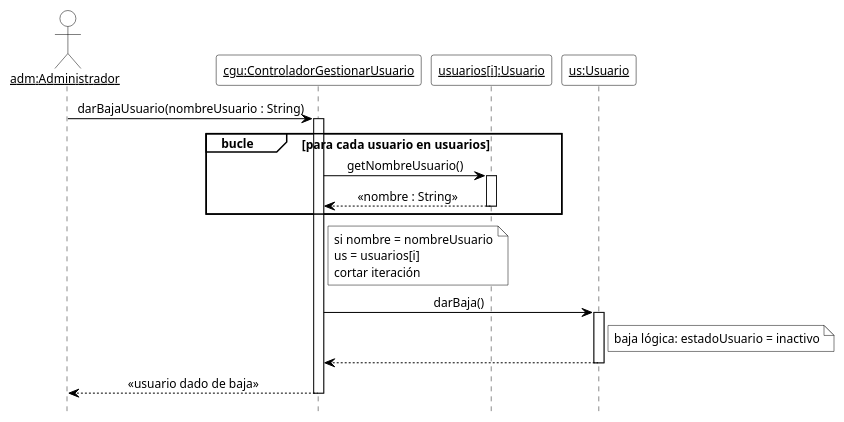
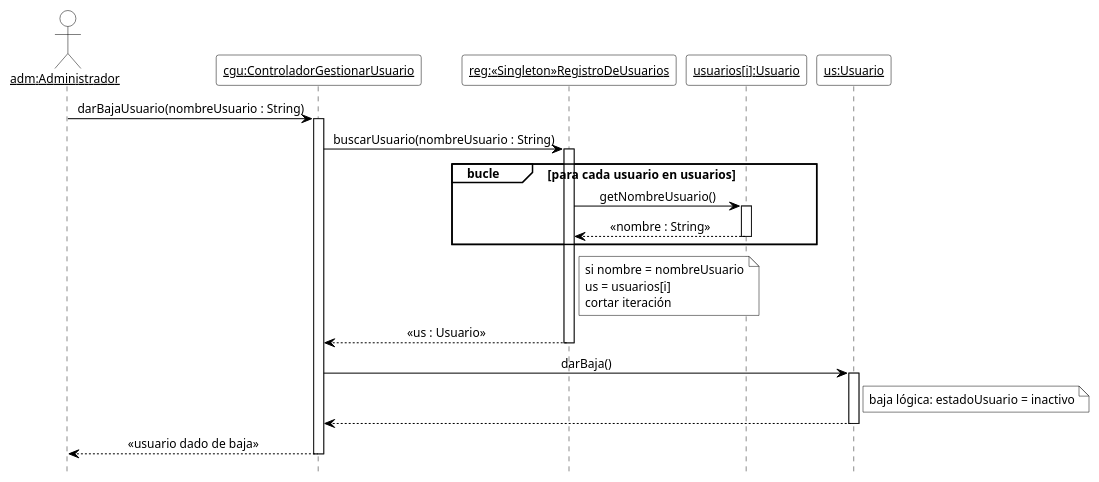
The fourth of 17 diagrams in 08-Diagrama De Secuencia/Diagramas_de_Secuencia.md (cirotop/Stock-Project), drawn with PlantUML before and after one commit. The commit also changed other lines of this file and 36 other files, not shown here.

````diff
--- a/08-Diagrama De Secuencia/Diagramas_de_Secuencia.md
+++ b/08-Diagrama De Secuencia/Diagramas_de_Secuencia.md
@@ -271,44 +295,49 @@
 ```plantuml
 @startuml DSD_CU-02_darBajaUsuario
 ' Diagrama de Secuencia de Diseño (DSD) - CU-02 Gestionar usuario - darBajaUsuario
 ' Estilo de los ejemplos de la teoría (introducirArticulo / crearNuevaVenta).
 hide footbox
 skinparam shadowing false
 skinparam defaultFontName Arial
 skinparam defaultFontSize 12
 skinparam sequenceMessageAlign center
 skinparam ArrowColor black
 skinparam ParticipantBackgroundColor white
 skinparam ParticipantBorderColor black
+skinparam CollectionsBackgroundColor white
+skinparam CollectionsBorderColor black
 skinparam ActorBackgroundColor white
 skinparam ActorBorderColor black
 skinparam LifeLineBorderColor black
 skinparam LifeLineBackgroundColor white
 skinparam SequenceGroupBackgroundColor white
 skinparam SequenceGroupBorderColor black
 skinparam SequenceGroupHeaderFontColor black
 skinparam NoteBackgroundColor white
 skinparam NoteBorderColor black
 
 actor "<u>adm:Administrador</u>" as adm
 participant "<u>cgu:ControladorGestionarUsuario</u>" as cgu
+participant "<u>reg:«Singleton»RegistroDeUsuarios</u>" as reg
 participant "<u>usuarios[i]:Usuario</u>" as ui
 participant "<u>us:Usuario</u>" as us
 
 adm -> cgu ++ : darBajaUsuario(nombreUsuario : String)
+cgu -> reg ++ : buscarUsuario(nombreUsuario : String)
 group bucle [para cada usuario en usuarios]
-  cgu -> ui ++ : getNombreUsuario()
-  ui --> cgu -- : «nombre : String»
+  reg -> ui ++ : getNombreUsuario()
+  ui --> reg -- : «nombre : String»
 end
-note right of cgu
+note right of reg
   si nombre = nombreUsuario
   us = usuarios[i]
   cortar iteración
 end note
+reg --> cgu -- : «us : Usuario»
 cgu -> us ++ : darBaja()
 note right of us : baja lógica: estadoUsuario = inactivo
 us --> cgu --
 cgu --> adm -- : «usuario dado de baja»
 
 @enduml
 ```
````
